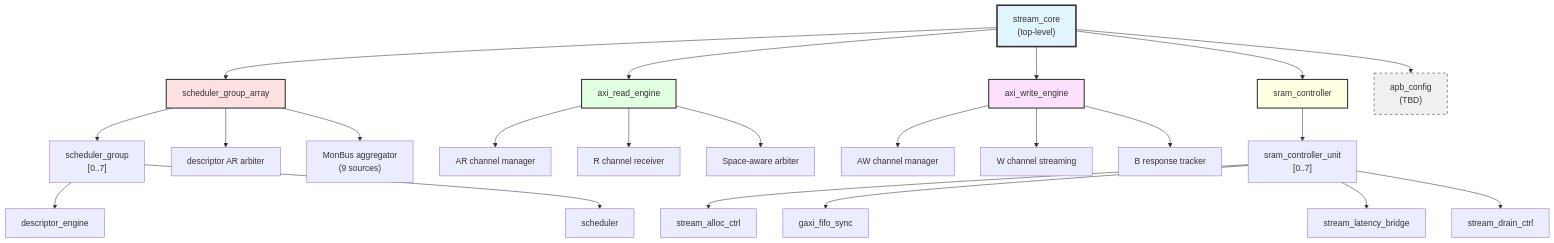
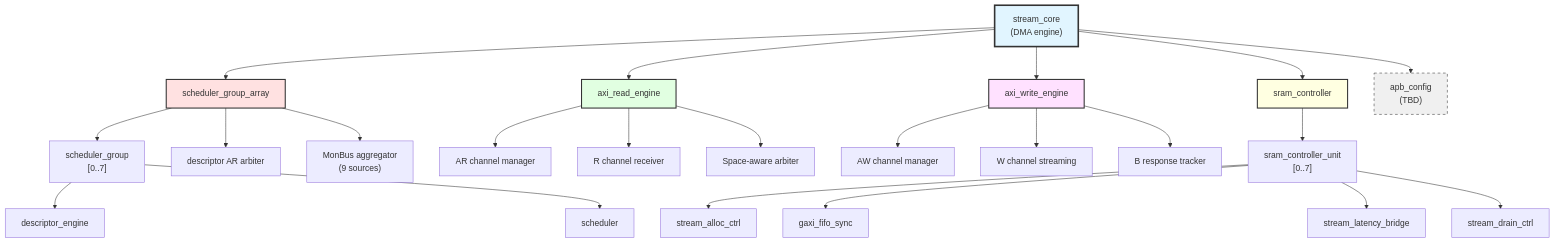
Before and after one commit to sean-galloway/RTLDesignSherpa: the diagram in projects/components/stream/docs/stream_spec/ch01_overview/01_architecture.md, drawn with Mermaid. The commit also changed other lines of this file and 107 other files, not shown here.

````diff
--- a/projects/components/stream/docs/stream_spec/ch01_overview/01_architecture.md
+++ b/projects/components/stream/docs/stream_spec/ch01_overview/01_architecture.md
@@ -250,39 +270,39 @@
 ```mermaid
 graph TB
-    CORE["stream_core<br/>(top-level)"]
+    CORE["stream_core<br/>(DMA engine)"]
 
     CORE --> SGA["scheduler_group_array"]
     CORE --> RD["axi_read_engine"]
     CORE --> WR["axi_write_engine"]
     CORE --> SRAM["sram_controller"]
     CORE --> APB["apb_config<br/>(TBD)"]
 
     SGA --> SG["scheduler_group<br/>[0..7]"]
     SGA --> DESC_ARB["descriptor AR arbiter"]
     SGA --> MON_AGG["MonBus aggregator<br/>(9 sources)"]
 
     SG --> DESC["descriptor_engine"]
     SG --> SCHED["scheduler"]
 
     RD --> AR_MGR["AR channel manager"]
     RD --> R_RX["R channel receiver"]
     RD --> RD_ARB["Space-aware arbiter"]
 
     WR --> AW_MGR["AW channel manager"]
     WR --> W_STR["W channel streaming"]
     WR --> B_TRK["B response tracker"]
 
     SRAM --> SCU["sram_controller_unit<br/>[0..7]"]
 
     SCU --> ALLOC["stream_alloc_ctrl"]
     SCU --> FIFO["gaxi_fifo_sync"]
     SCU --> BRIDGE["stream_latency_bridge"]
     SCU --> DRAIN["stream_drain_ctrl"]
 
     style CORE fill:#e1f5ff,stroke:#333,stroke-width:3px
     style SGA fill:#ffe1e1,stroke:#333,stroke-width:2px
     style RD fill:#e1ffe1,stroke:#333,stroke-width:2px
     style WR fill:#ffe1ff,stroke:#333,stroke-width:2px
     style SRAM fill:#ffffe1,stroke:#333,stroke-width:2px
     style APB fill:#f0f0f0,stroke:#333,stroke-width:1px,stroke-dasharray: 5 5
 ```
````
